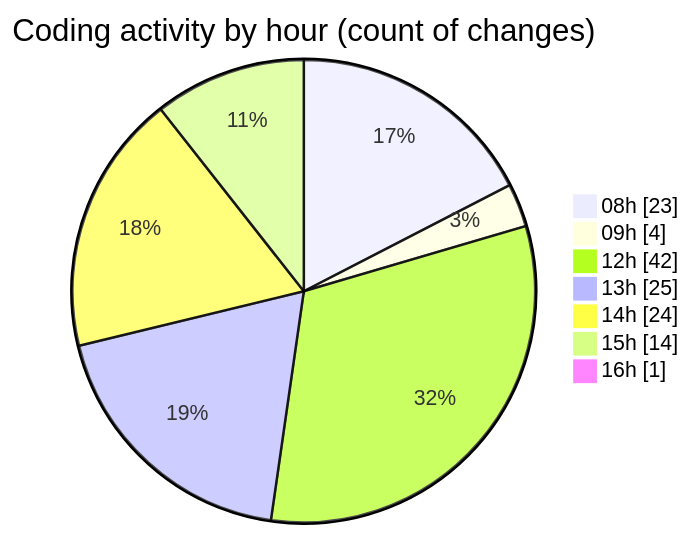
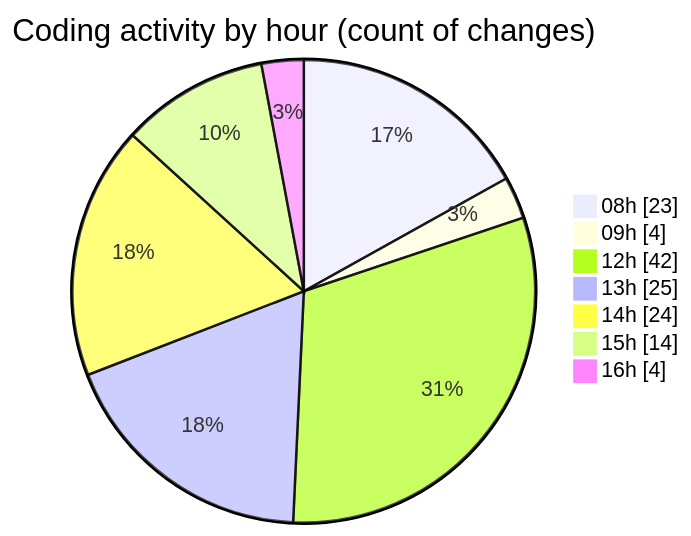
The second of 2 diagrams in 2026-06-02/cda/README.md (momahboobian/code-tracking), drawn with Mermaid before and after one commit. The commit also changed other lines of this file and 1 other file, not shown here.

````diff
--- a/2026-06-02/cda/README.md
+++ b/2026-06-02/cda/README.md
@@ -84,11 +84,11 @@
 ```mermaid
 pie showData
 title Coding activity by hour (count of changes)
 "08h" : 23
 "09h" : 4
 "12h" : 42
 "13h" : 25
 "14h" : 24
 "15h" : 14
-"16h" : 1
+"16h" : 4
 ```
````
